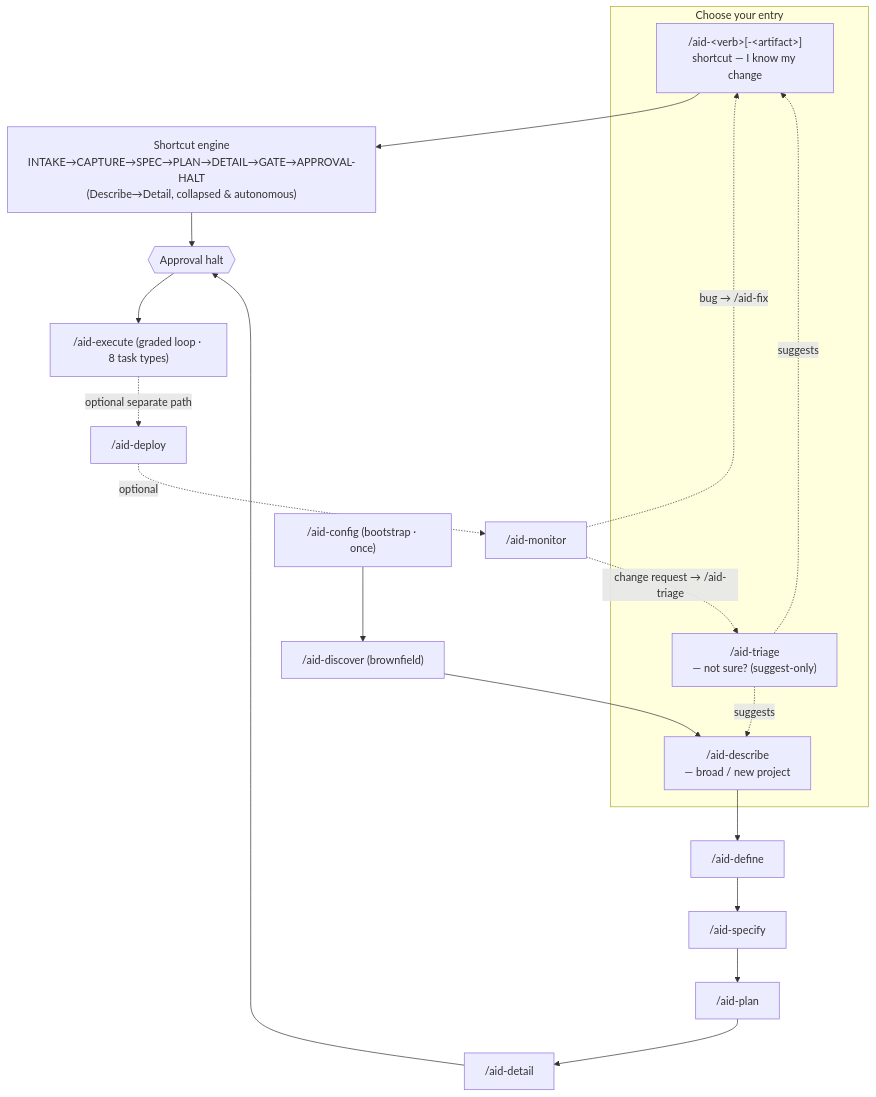
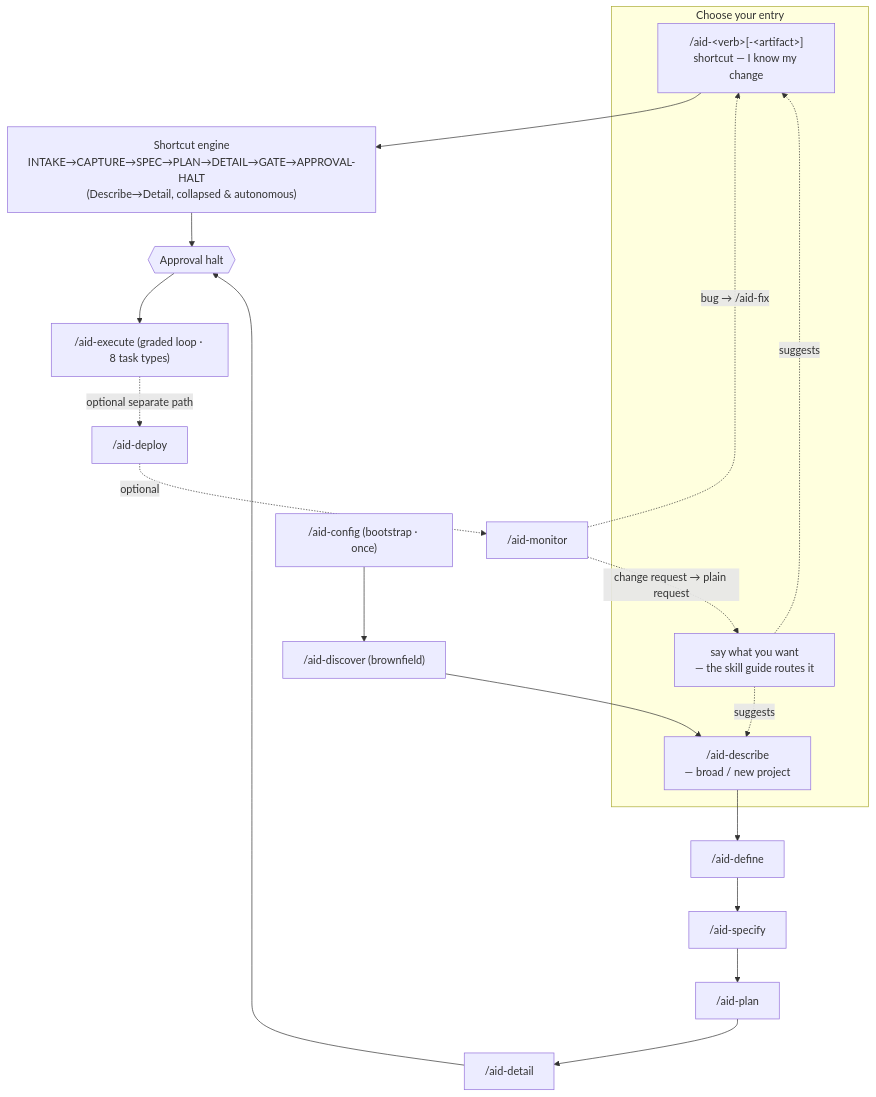
One commit to AndreVianna/aid-methodology changed the diagram in site/src/content/docs/guides/pipeline.mdx. Above: the diagram before and after it, drawn with Mermaid. The commit also changed other lines of this file and 17 other files, not shown here.

````diff
--- a/site/src/content/docs/guides/pipeline.mdx
+++ b/site/src/content/docs/guides/pipeline.mdx
@@ -24,25 +24,25 @@
 ```mermaid
 flowchart TD
     subgraph Entry["Choose your entry"]
         SC["/aid-&lt;verb&gt;[-&lt;artifact&gt;]<br/>shortcut — I know my change"]
-        TR["/aid-triage<br/>— not sure? (suggest-only)"]
+        TR["say what you want<br/>— the skill guide routes it"]
         DS["/aid-describe<br/>— broad / new project"]
     end
     TR -. suggests .-> SC
     TR -. suggests .-> DS
 
     CFG["/aid-config (bootstrap · once)"] --> DISC["/aid-discover (brownfield)"]
     DISC --> DS
 
     SC --> ENG["Shortcut engine<br/>INTAKE→CAPTURE→SPEC→PLAN→DETAIL→GATE→APPROVAL-HALT<br/>(Describe→Detail, collapsed &amp; autonomous)"]
     ENG --> HALT{{"Approval halt"}}
 
     DS --> DEF["/aid-define"] --> SPC["/aid-specify"] --> PLN["/aid-plan"] --> DTL["/aid-detail"]
     DTL --> HALT
 
     HALT --> EXE["/aid-execute (graded loop · 8 task types)"]
     EXE -. "optional separate path" .-> DEP["/aid-deploy"]
     DEP -. optional .-> MON["/aid-monitor"]
     MON -. "bug → /aid-fix" .-> SC
-    MON -. "change request → /aid-triage" .-> TR
+    MON -. "change request → plain request" .-> TR
 ```
````
